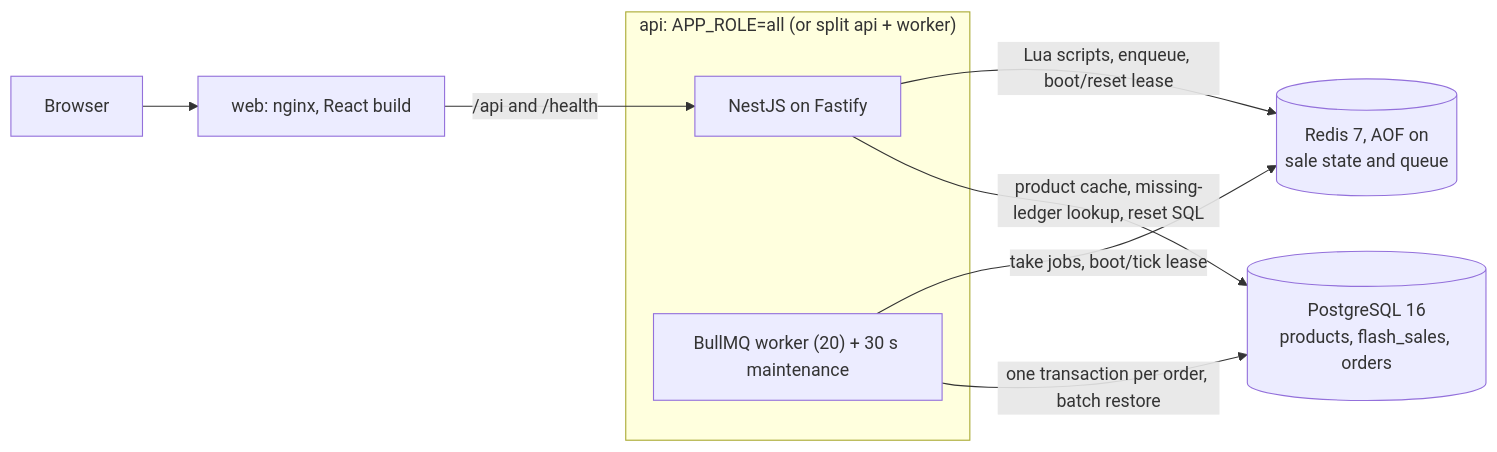
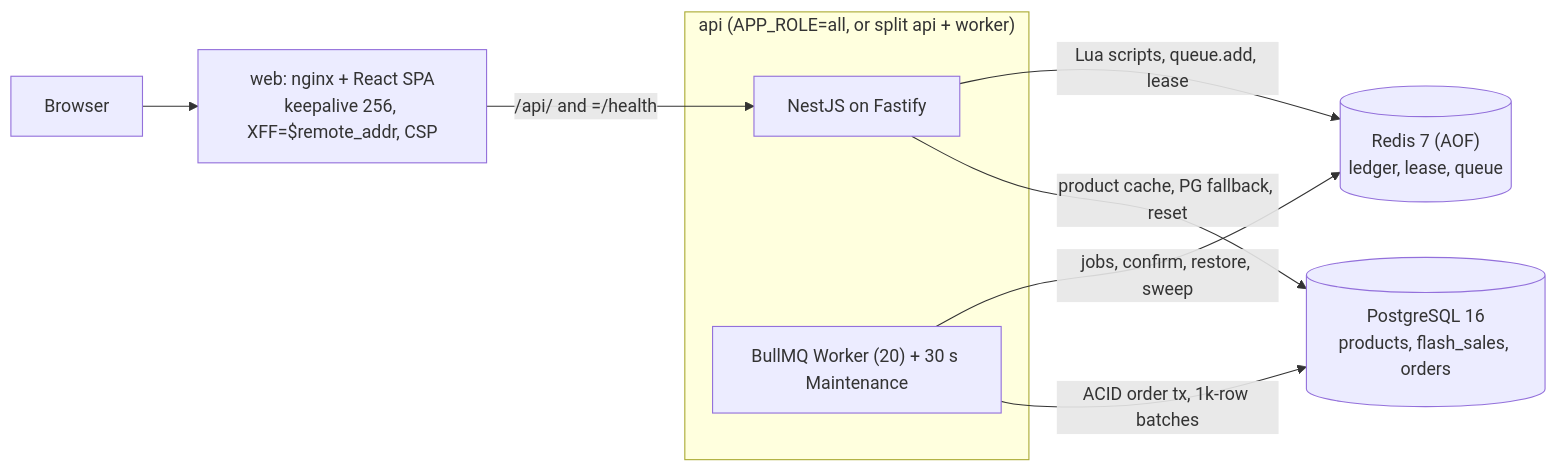
Before and after one commit to minhhieple97/flash-sale-system: the first of 2 diagrams in README.md, drawn with Mermaid. The commit also changed other lines of this file and 9 other files, not shown here.

Commit message:
docs: condense README and sync architecture, fault-tolerance, and benchmark docs

````diff
--- a/README.md
+++ b/README.md
@@ -52,13 +35,13 @@
 ```mermaid
 flowchart LR
-    browser[Browser] --> nginx["web: nginx, React build"]
-    nginx -->|"/api and /health"| http
-    subgraph api["api: APP_ROLE=all (or split api + worker)"]
+    browser["Browser"] --> nginx["web: nginx + React SPA<br/>keepalive 256, XFF=$remote_addr, CSP"]
+    nginx -->|"/api/ and =/health"| http
+    subgraph runtime["api (APP_ROLE=all, or split api + worker)"]
         http["NestJS on Fastify"]
-        worker["BullMQ worker (20) + 30 s maintenance"]
+        worker["BullMQ Worker (20) + 30 s Maintenance"]
     end
-    http -->|"Lua scripts, enqueue, boot/reset lease"| redis[("Redis 7, AOF on<br/>sale state and queue")]
-    worker -->|"take jobs, boot/tick lease"| redis
-    worker -->|"one transaction per order, batch restore"| pg[("PostgreSQL 16<br/>products, flash_sales, orders")]
-    http -->|"product cache, missing-ledger lookup, reset SQL"| pg
+    http -->|"Lua scripts, queue.add, lease"| redis[("Redis 7 (AOF)<br/>ledger, lease, queue")]
+    worker -->|"jobs, confirm, restore, sweep"| redis
+    worker -->|"ACID order tx, 1k-row batches"| pg[("PostgreSQL 16<br/>products, flash_sales, orders")]
+    http -->|"product cache, PG fallback, reset"| pg
 ```
````
